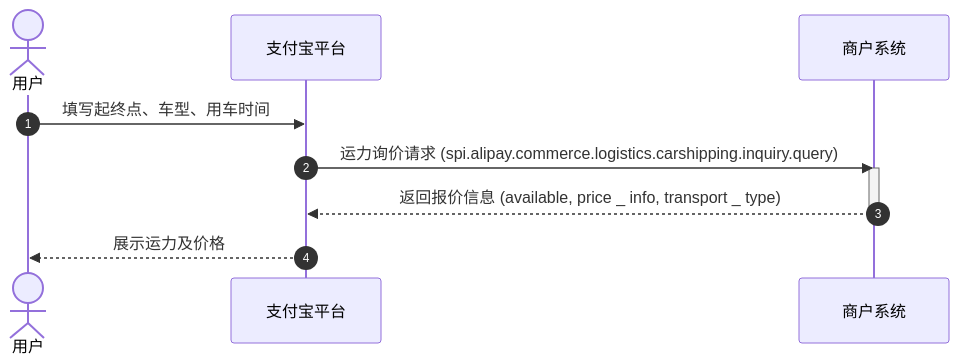
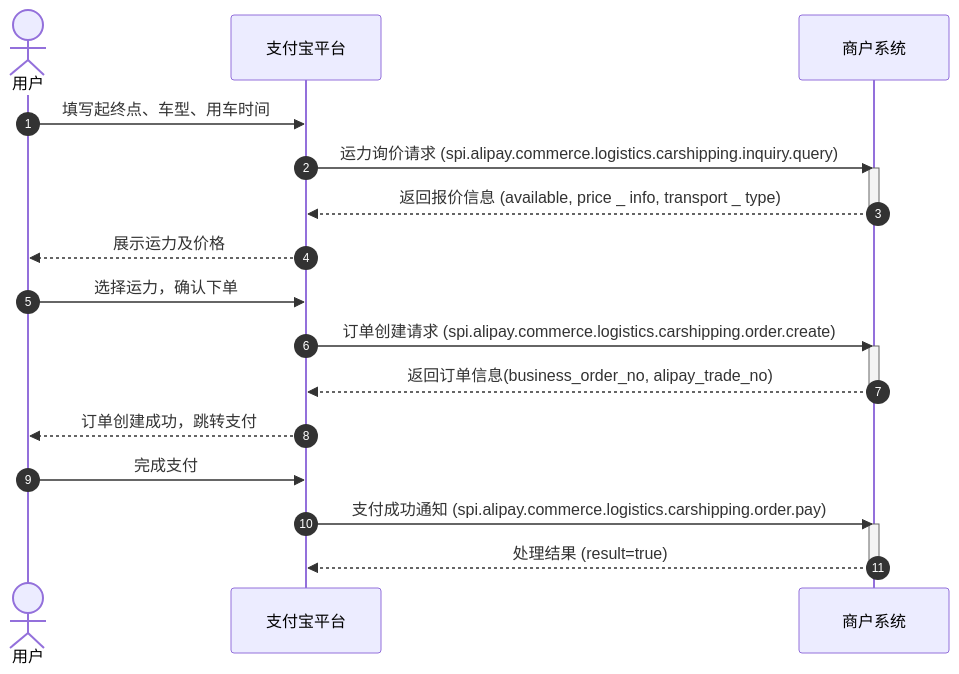
The diagram in mmd/test_dba1b258-be6a-414c-9967-aedbcccfa44f.mmd (pingpm/mermaid_vault), drawn with Mermaid before and after one commit. The commit also changed 2 other files, not shown here.

Commit message:
Sync Mermaid Studio data (8 diagrams)

```diff
--- a/mmd/test_dba1b258-be6a-414c-9967-aedbcccfa44f.mmd
+++ b/mmd/test_dba1b258-be6a-414c-9967-aedbcccfa44f.mmd
@@ -1,11 +1,22 @@
 sequenceDiagram
   autonumber
   actor p0 as 用户
   participant p1 as 支付宝平台
   participant p2 as 商户系统
   p0->>p1: 填写起终点、⻋型、⽤⻋时间
   p1->>p2: 运⼒询价请求 (spi.alipay.commerce.logistics.carshipping.inquiry.query)
   activate p2
   p2-->>p1: 返回报价信息 (available, price _ info, transport _ type)
   deactivate p2
   p1-->>p0: 展示运⼒及价格
+  p0->>p1: 选择运⼒，确认下单
+  p1->>p2: 订单创建请求 (spi.alipay.commerce.logistics.carshipping.order.create)
+  activate p2
+  p2-->>p1: 返回订单信息(business_order_no, alipay_trade_no)
+  deactivate p2
+  p1-->>p0: 订单创建成功，跳转⽀付
+  p0->>p1: 完成⽀付
+  p1->>p2: ⽀付成功通知 (spi.alipay.commerce.logistics.carshipping.order.pay)
+  activate p2
+  p2-->>p1: 处理结果 (result=true)
+  deactivate p2
```
